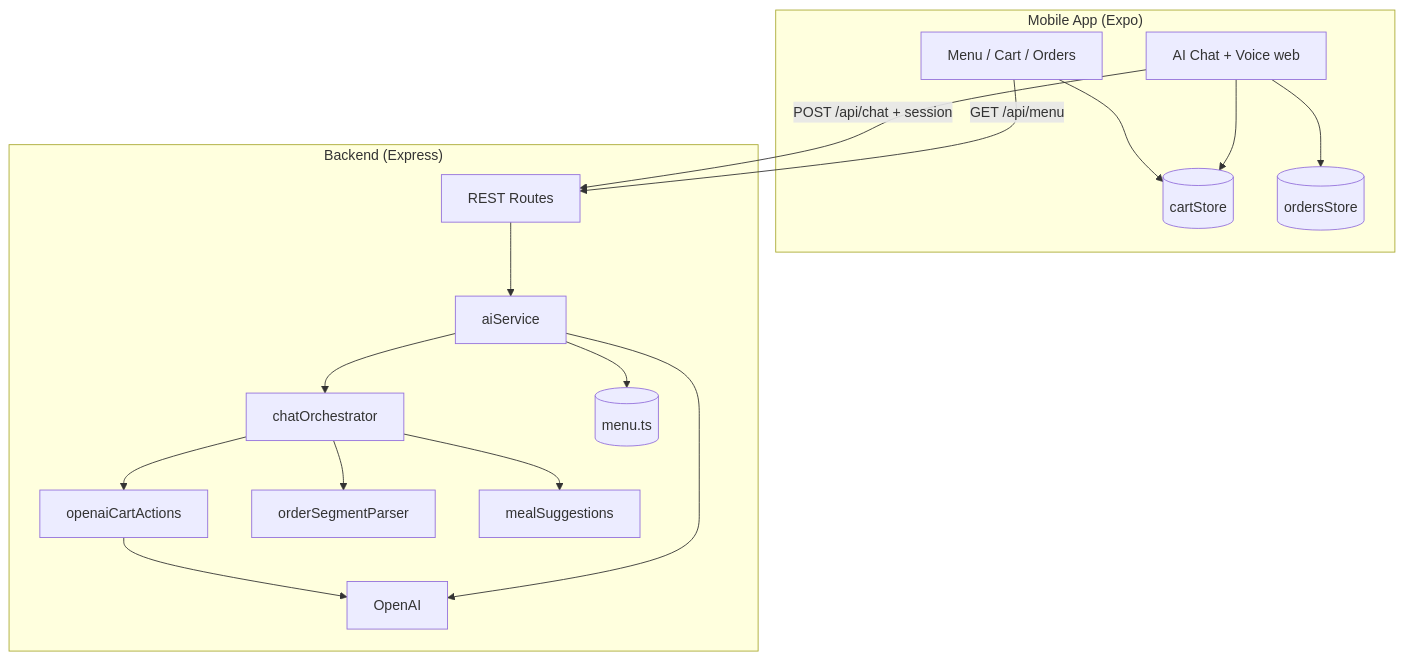
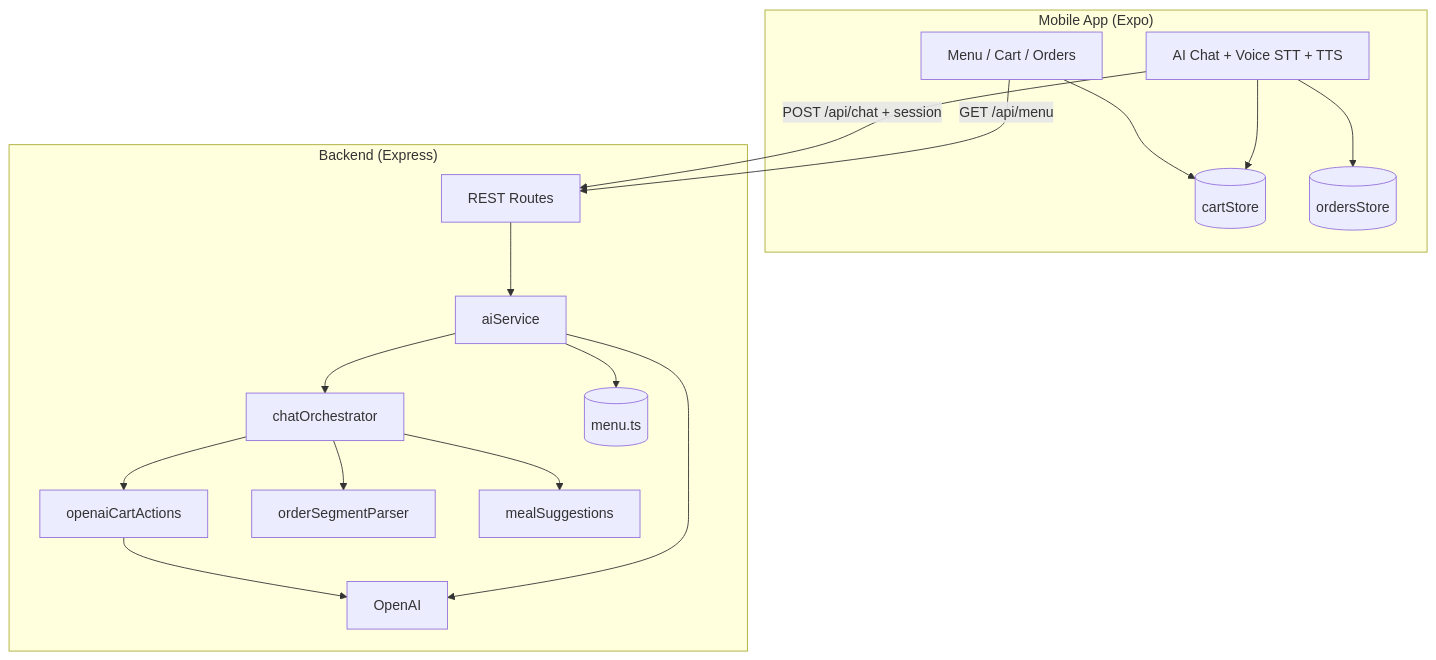
Before and after one commit to adimantamu/viridien_AI_engineering_project_aditya_rajiv: the first of 2 diagrams in README.md, drawn with Mermaid. The commit also changed other lines of this file and 20 other files, not shown here.

````diff
--- a/README.md
+++ b/README.md
@@ -286,33 +328,33 @@
 ```mermaid
 flowchart TB
   subgraph Client["Mobile App (Expo)"]
     UI[Menu / Cart / Orders]
-    Chat[AI Chat + Voice web]
+    Chat[AI Chat + Voice STT + TTS]
     CartStore[(cartStore)]
     OrderStore[(ordersStore)]
     UI --> CartStore
     Chat --> CartStore
     Chat --> OrderStore
   end
 
   subgraph API["Backend (Express)"]
     Routes[REST Routes]
     AI[aiService]
     Orch[chatOrchestrator]
     CartAI[openaiCartActions]
     Parse[orderSegmentParser]
     Meal[mealSuggestions]
     Menu[(menu.ts)]
     Routes --> AI
     AI --> Orch
     Orch --> CartAI
     Orch --> Parse
     Orch --> Meal
     CartAI --> OpenAI[OpenAI]
     AI --> OpenAI
     AI --> Menu
   end
 
   Chat -->|POST /api/chat + session| Routes
   UI -->|GET /api/menu| Routes
 ```
````
